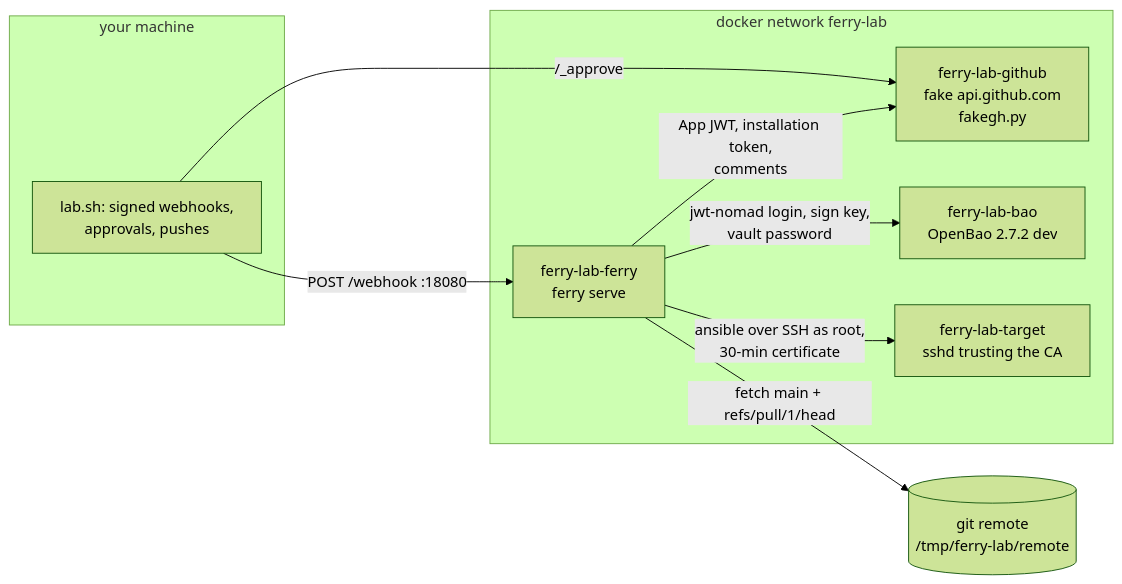
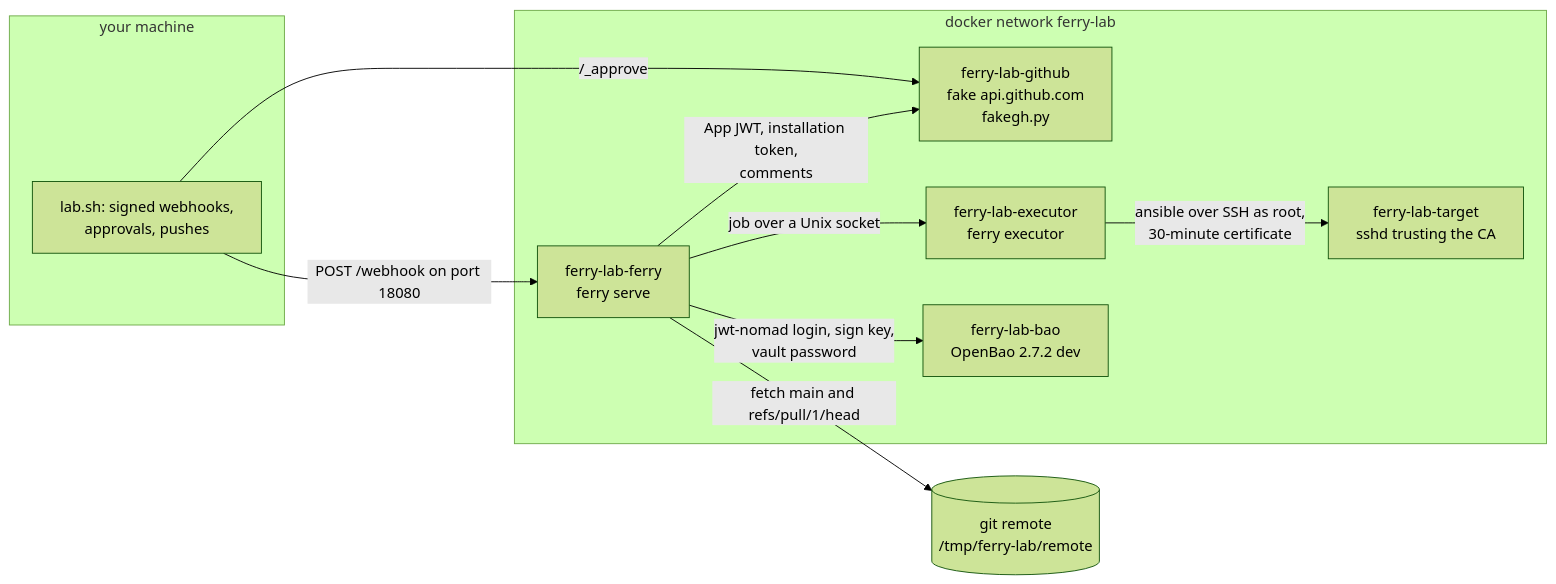
Before and after one commit to jfryman/ferry: the diagram in deploy/local/README.md, drawn with Mermaid (forest theme). The commit also changed other lines of this file and 16 other files, not shown here.

First line of the commit message:
Docs: short README, docs/ by topic, AGENTS.md, working diagrams

````diff
--- a/deploy/local/README.md
+++ b/deploy/local/README.md
@@ -46,19 +46,21 @@
 ```mermaid
 flowchart LR
-  subgraph host [your machine]
-    LAB[lab.sh: signed webhooks,\napprovals, pushes]
-  end
-  subgraph net [docker network ferry-lab]
-    GH[ferry-lab-github\nfake api.github.com\nfakegh.py]
-    F[ferry-lab-ferry\nferry serve]
-    B[ferry-lab-bao\nOpenBao 2.7.2 dev]
-    T[ferry-lab-target\nsshd trusting the CA]
-  end
-  R[(git remote\n/tmp/ferry-lab/remote)]
-  LAB -->|POST /webhook :18080| F
-  LAB -->|/_approve| GH
-  F -->|App JWT, installation token,\ncomments| GH
-  F -->|fetch main + refs/pull/1/head| R
-  F -->|jwt-nomad login, sign key,\nvault password| B
-  F -->|ansible over SSH as root,\n30-min certificate| T
+    subgraph host ["your machine"]
+        LAB["lab.sh: signed webhooks,<br/>approvals, pushes"]
+    end
+    subgraph net ["docker network ferry-lab"]
+        GH["ferry-lab-github<br/>fake api.github.com<br/>fakegh.py"]
+        F["ferry-lab-ferry<br/>ferry serve"]
+        X["ferry-lab-executor<br/>ferry executor"]
+        B["ferry-lab-bao<br/>OpenBao 2.7.2 dev"]
+        T["ferry-lab-target<br/>sshd trusting the CA"]
+    end
+    R[("git remote<br/>/tmp/ferry-lab/remote")]
+    LAB -->|"POST /webhook on port 18080"| F
+    LAB -->|"/_approve"| GH
+    F -->|"App JWT, installation token,<br/>comments"| GH
+    F -->|"fetch main and refs/pull/1/head"| R
+    F -->|"jwt-nomad login, sign key,<br/>vault password"| B
+    F -->|"job over a Unix socket"| X
+    X -->|"ansible over SSH as root,<br/>30-minute certificate"| T
 ```
````
